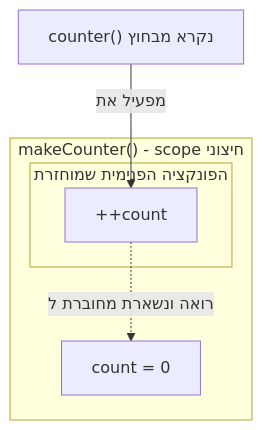
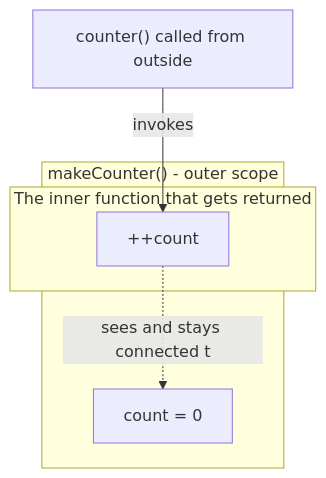
The diagram in content/docs/javascript/11-js-closures-content.md (neriyaMalachi/FullStack_kodkode_5), drawn with Mermaid before and after one commit. The commit also changed other lines of this file and 117 other files, not shown here.

````diff
--- a/content/docs/javascript/11-js-closures-content.md
+++ b/content/docs/javascript/11-js-closures-content.md
@@ -45,11 +45,11 @@
 ```mermaid
 flowchart TB
-    subgraph outer["makeCounter() - scope חיצוני"]
+    subgraph outer["makeCounter() - outer scope"]
         count["count = 0"]
-        subgraph inner["הפונקציה הפנימית שמוחזרת"]
+        subgraph inner["The inner function that gets returned"]
             access["++count"]
         end
-        access -.רואה ונשארת מחוברת ל-.-> count
+        access -.sees and stays connected to.-> count
     end
-    caller["counter() נקרא מבחוץ"] -->|"מפעיל את"| access
+    caller["counter() called from outside"] -->|"invokes"| access
 ```
````
